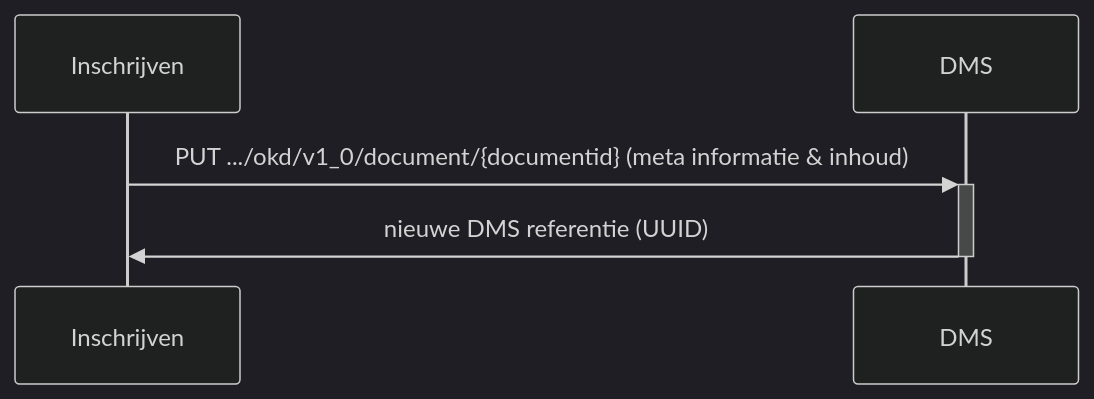
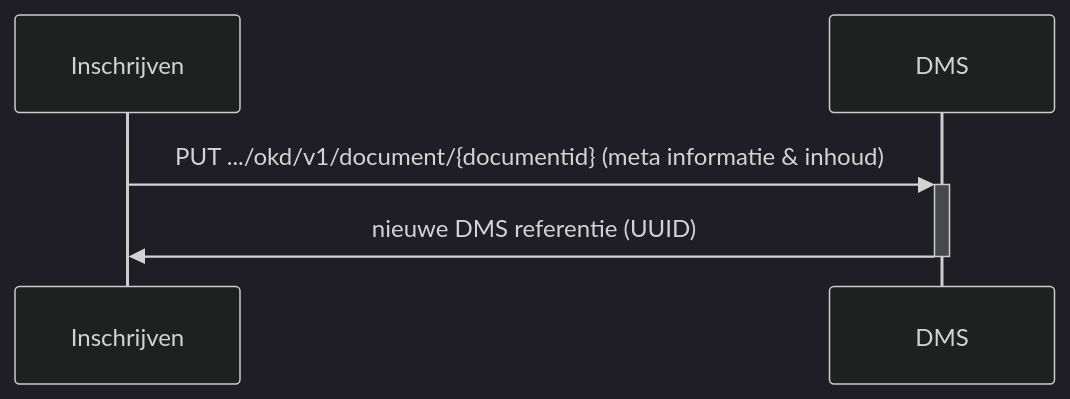
One commit to Onderwijs-Koppelingen-OKx/OKD-Document-Management changed the first of 4 diagrams in doc/flow-1.md. Above: the diagram before and after it, drawn with Mermaid (dark theme). The commit also changed other lines of this file, not shown here.

Commit message:
Rename v1_0 to v1 for flow-1

````diff
--- a/doc/flow-1.md
+++ b/doc/flow-1.md
@@ -7,9 +7,9 @@
 ```mermaid
 sequenceDiagram
     Participant Inschrijven
     Participant DMS
 
-    Inschrijven->>+DMS: PUT .../okd/v1_0/document/{documentid} (meta informatie & inhoud)
+    Inschrijven->>+DMS: PUT .../okd/v1/document/{documentid} (meta informatie & inhoud)
     DMS->>-Inschrijven: nieuwe DMS referentie (UUID)
 
 ```
````
